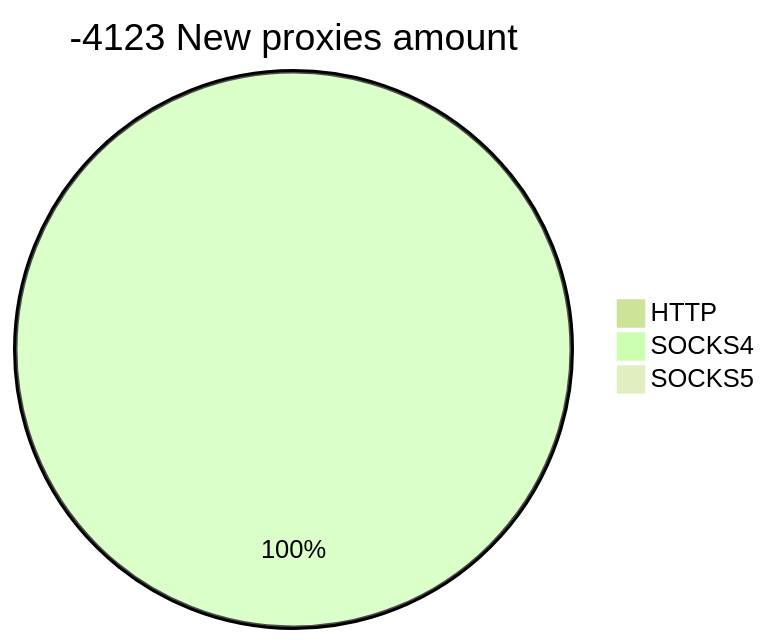
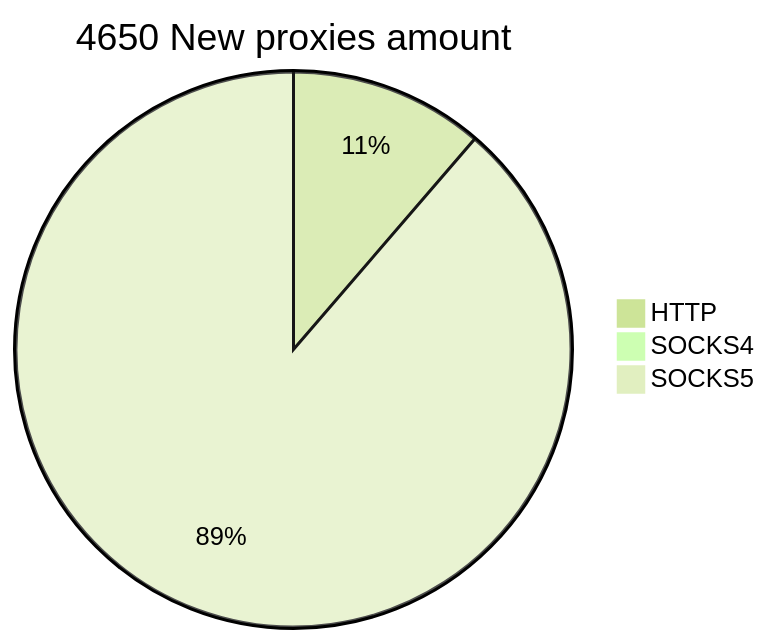
One commit to cutipu/proxylist changed the second of 2 diagrams in README.md. Above: the diagram before and after it, drawn with Mermaid (forest theme). The commit also changed other lines of this file, not shown here.

````diff
--- a/README.md
+++ b/README.md
@@ -10,6 +10,6 @@
 ```mermaid
-pie title -4123 New proxies amount
-    "HTTP" : 0
-    "SOCKS4" : 1
-    "SOCKS5" : 0
+pie title 4650 New proxies amount
+    "HTTP" : 526
+    "SOCKS4" : 0
+    "SOCKS5" : 4124
 ```
````
